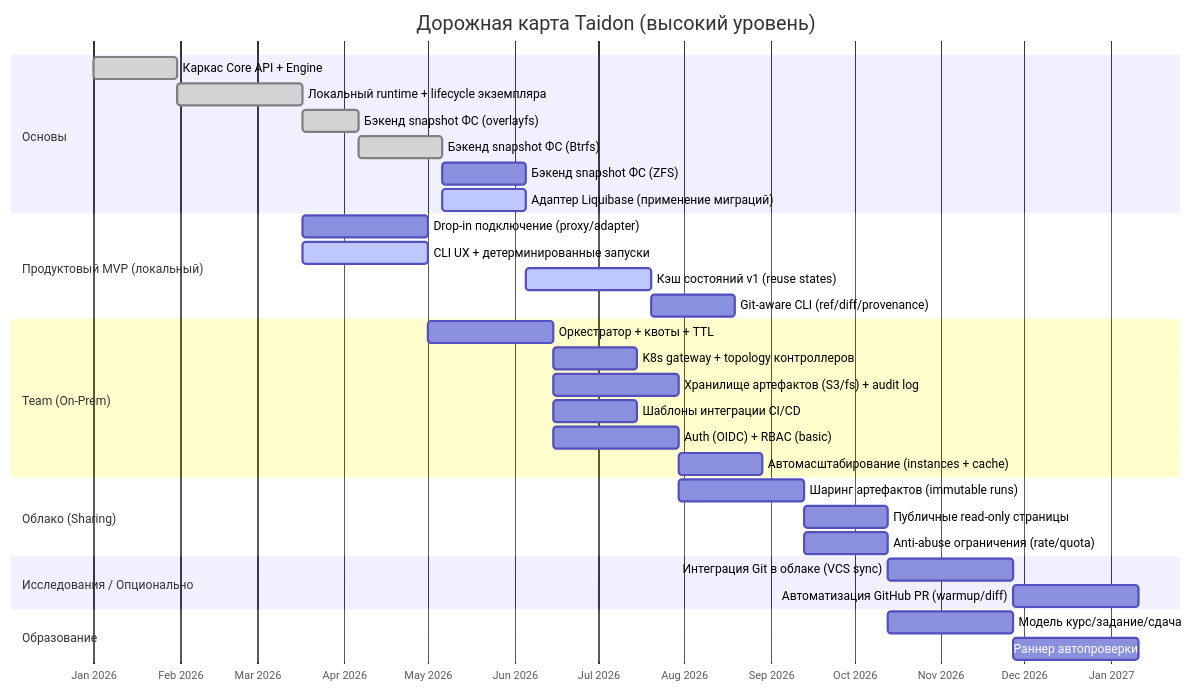
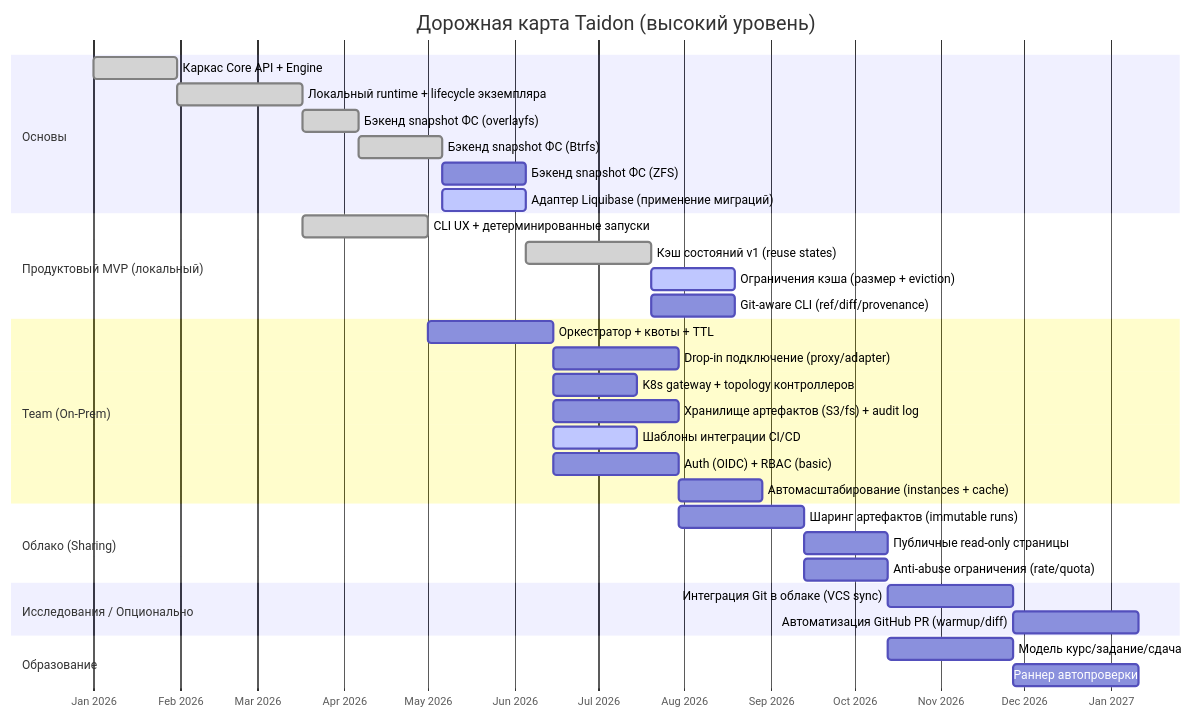
The diagram in docs/roadmap.RU.md (kimak-irmagi/taidon), drawn with Mermaid before and after one commit. The commit also changed other lines of this file and 3 other files, not shown here.

Commit message:
Roadmap update

````diff
--- a/docs/roadmap.RU.md
+++ b/docs/roadmap.RU.md
@@ -26,41 +26,42 @@
 ```mermaid
 gantt
     title Дорожная карта Taidon (высокий уровень)
     dateFormat  YYYY-MM-DD
     axisFormat  %b %Y
 
     section Основы
     Каркас Core API + Engine                  :done, a1, 2026-01-01, 30d
     Локальный runtime + lifecycle экземпляра   :done, a2, after a1, 45d
     Бэкенд snapshot ФС (overlayfs)            :done, a2fs, after a2, 20d
     Бэкенд snapshot ФС (Btrfs)                :done, a2b, after a2fs, 30d
     Бэкенд snapshot ФС (ZFS)                  :a2z, after a2b, 30d
     Адаптер Liquibase (применение миграций)   :active, a3, after a2b, 30d
 
     section Продуктовый MVP (локальный)
-    Drop-in подключение (proxy/adapter)       :b1, after a2, 45d
-    CLI UX + детерминированные запуски        :active, b2, after a2, 45d
-    Кэш состояний v1 (reuse states)           :active, b3, after a3, 45d
+    CLI UX + детерминированные запуски        :done, b2, after a2, 45d
+    Кэш состояний v1 (reuse states)           :done, b3, after a3, 45d
+    Ограничения кэша (размер + eviction)      :active, b3g, after b3, 30d
     Git-aware CLI (ref/diff/provenance)       :b4, after b3, 30d
 
     section Team (On-Prem)
     Оркестратор + квоты + TTL                 :c1, after b2, 45d
+    Drop-in подключение (proxy/adapter)       :c0, after c1, 45d
     K8s gateway + topology контроллеров       :c6, after c1, 30d
     Хранилище артефактов (S3/fs) + audit log  :c2, after c1, 45d
-    Шаблоны интеграции CI/CD                  :c3, after c1, 30d
+    Шаблоны интеграции CI/CD                  :active, c3, after c1, 30d
     Auth (OIDC) + RBAC (basic)                :c4, after c1, 45d
     Автомасштабирование (instances + cache)   :c5, after c2, 30d
 
     section Облако (Sharing)
     Шаринг артефактов (immutable runs)        :d1, after c2, 45d
     Публичные read-only страницы              :d2, after d1, 30d
     Anti-abuse ограничения (rate/quota)       :d3, after d1, 30d
 
     section Исследования / Опционально
     Интеграция Git в облаке (VCS sync)        :o1, after d2, 45d
     Автоматизация GitHub PR (warmup/diff)     :o2, after o1, 45d
 
     section Образование
     Модель курс/задание/сдача                 :e1, after d2, 45d
     Раннер автопроверки                       :e2, after e1, 45d
 ```
````
